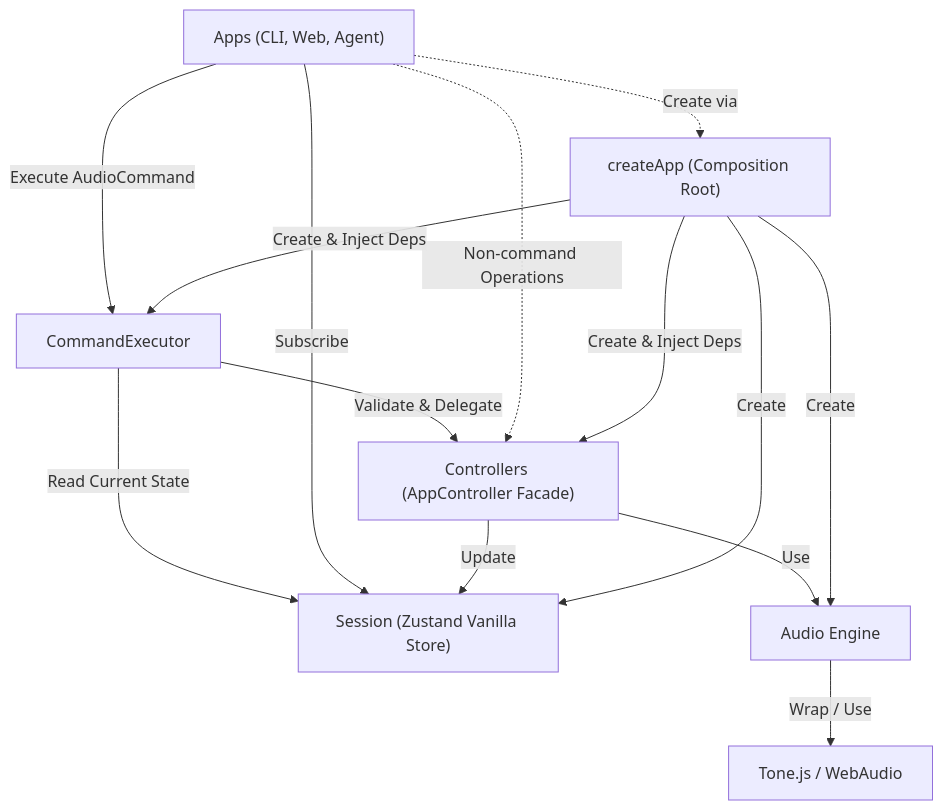
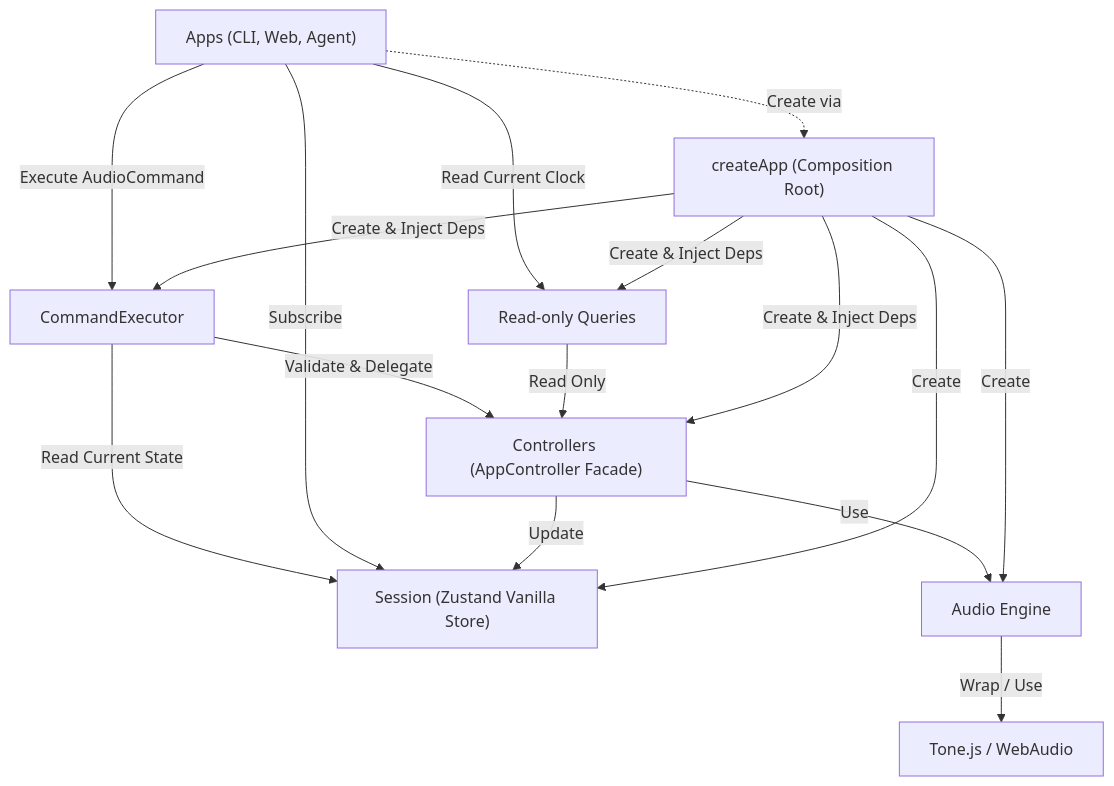
The diagram in src/layers/architecture.md (whizzkid1452/drop-ai), drawn with Mermaid before and after one commit. The commit also changed other lines of this file and 12 other files, not shown here.

````diff
--- a/src/layers/architecture.md
+++ b/src/layers/architecture.md
@@ -42,27 +45,30 @@
 ```mermaid
 graph TD
     Apps["Apps (CLI, Web, Agent)"]
     Commands["CommandExecutor"]
+    Queries["Read-only Queries"]
     Controllers["Controllers (AppController Facade)"]
     Session["Session (Zustand Vanilla Store)"]
     AudioEngine["Audio Engine"]
     ToneJS["Tone.js / WebAudio"]
     CreateApp["createApp (Composition Root)"]
 
     Apps -->|Execute AudioCommand| Commands
+    Apps -->|Read Current Clock| Queries
     Commands -->|Validate & Delegate| Controllers
     Commands -->|Read Current State| Session
-    Apps -.->|Non-command Operations| Controllers
     Apps -->|Subscribe| Session
     Apps -.->|Create via| CreateApp
 
     Controllers -->|Use| AudioEngine
     Controllers -->|Update| Session
+    Queries -->|Read Only| Controllers
 
     AudioEngine -->|Wrap / Use| ToneJS
 
     CreateApp -->|Create| AudioEngine
     CreateApp -->|Create| Session
     CreateApp -->|Create & Inject Deps| Controllers
     CreateApp -->|Create & Inject Deps| Commands
+    CreateApp -->|Create & Inject Deps| Queries
 ```
````
